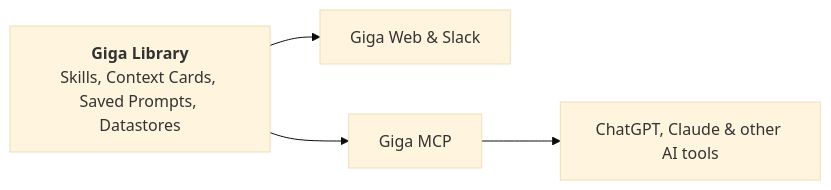
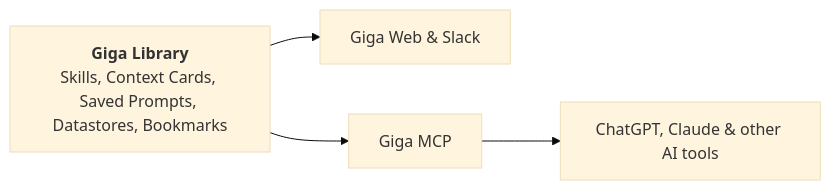
One commit to tonyennis145/documentationai-Docs changed the diagram in library/index.mdx. Above: the diagram before and after it, drawn with Mermaid (base theme). The commit also changed other lines of this file and 44 other files, not shown here.

````diff
--- a/library/index.mdx
+++ b/library/index.mdx
@@ -27,6 +32,6 @@
 ```mermaid
 graph LR
-    L["<b>Giga Library</b><br/>Skills, Context Cards, Saved Prompts, Datastores"] --> W[Giga Web & Slack]
+    L["<b>Giga Library</b><br/>Skills, Context Cards, Saved Prompts, Datastores, Bookmarks"] --> W[Giga Web & Slack]
     L --> M[Giga MCP]
     M --> X[ChatGPT, Claude & other AI tools]
 ```
````
